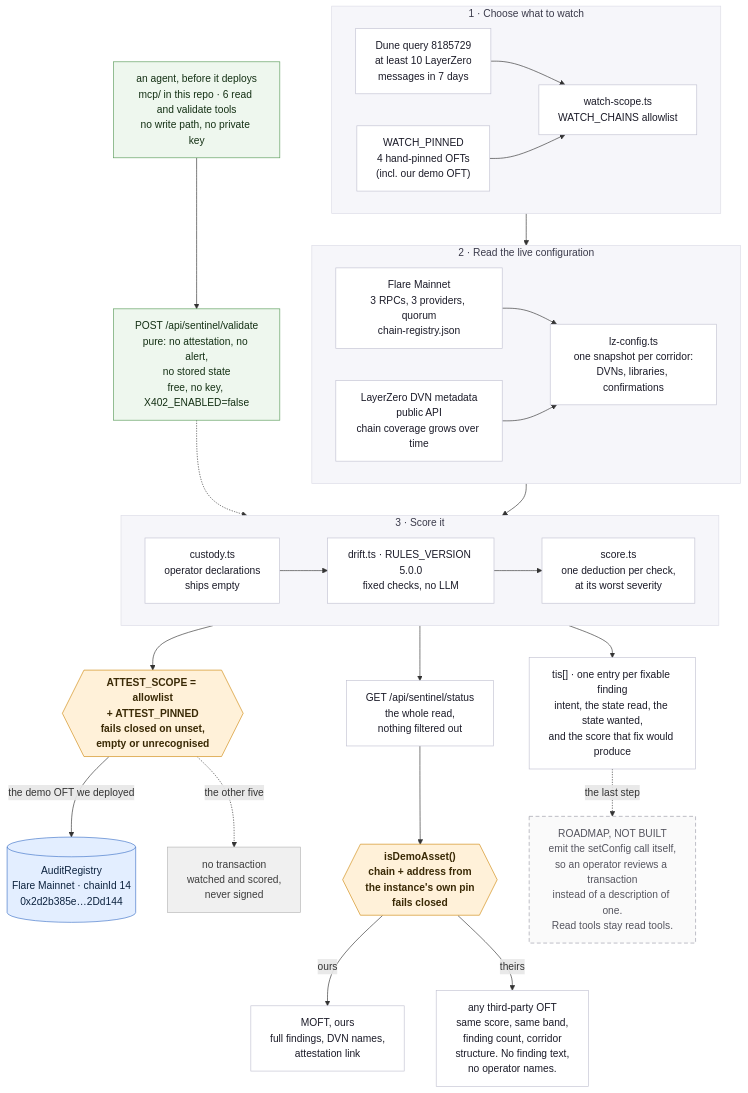
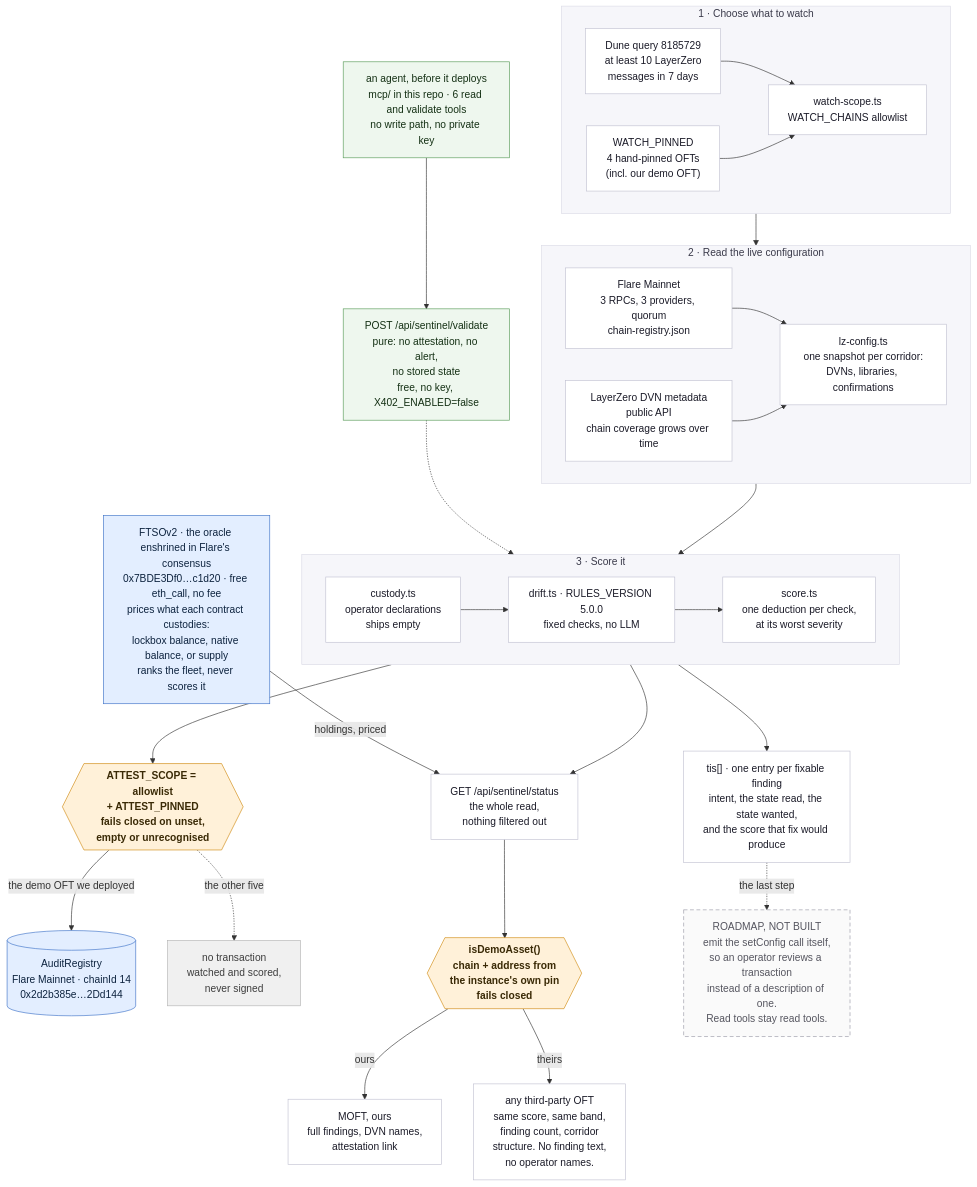
One commit to damli40/flare-oft-sentinel changed the diagram in assets/architecture.mmd. Above: the diagram before and after it, drawn with Mermaid. The commit also changed 12 other files, not shown here.

First line of the commit message:
FTSOv2 exposure: price what each contract custodies, and say which basis

```diff
--- a/assets/architecture.mmd
+++ b/assets/architecture.mmd
@@ -1,80 +1,90 @@
 %% OFT Sentinel on Flare — one cycle, end to end.
 %% Rendered to assets/architecture.png. Regenerate with:
 %%   npx -y @mermaid-js/mermaid-cli -i assets/architecture.mmd -o assets/architecture.png -b white -s 2
 flowchart TB
     subgraph pick["1 · Choose what to watch"]
         direction LR
         dune["Dune query 8185729<br/>at least 10 LayerZero<br/>messages in 7 days"]
         pinned["WATCH_PINNED<br/>4 hand-pinned OFTs<br/>(incl. our demo OFT)"]
         scope["watch-scope.ts<br/>WATCH_CHAINS allowlist"]
         dune --> scope
         pinned --> scope
     end
 
     subgraph read["2 · Read the live configuration"]
         direction LR
         rpc["Flare Mainnet<br/>3 RPCs, 3 providers, quorum<br/>chain-registry.json"]
         meta["LayerZero DVN metadata<br/>public API<br/>chain coverage grows over time"]
         lz["lz-config.ts<br/>one snapshot per corridor:<br/>DVNs, libraries, confirmations"]
         rpc --> lz
         meta --> lz
     end
 
     subgraph rules["3 · Score it"]
         direction LR
         cust["custody.ts<br/>operator declarations<br/>ships empty"]
         drift["drift.ts · RULES_VERSION 5.0.0<br/>fixed checks, no LLM"]
         score["score.ts<br/>one deduction per check,<br/>at its worst severity"]
         cust --> drift
         drift --> score
     end
 
     gate{{"ATTEST_SCOPE = allowlist<br/>+ ATTEST_PINNED<br/>fails closed on unset,<br/>empty or unrecognised"}}
     reg[("AuditRegistry<br/>Flare Mainnet · chainId 14<br/>0x2d2b385e…2Dd144")]
     nosign["no transaction<br/>watched and scored,<br/>never signed"]
     api["GET /api/sentinel/status<br/>the whole read,<br/>nothing filtered out"]
 
     filt{{"isDemoAsset()<br/>chain + address from<br/>the instance's own pin<br/>fails closed"}}
     ours["MOFT, ours<br/>full findings, DVN names,<br/>attestation link"]
     theirs["any third-party OFT<br/>same score, same band,<br/>finding count, corridor<br/>structure. No finding text,<br/>no operator names."]
 
     agent["an agent, before it deploys<br/>mcp/ in this repo · 6 read and validate tools<br/>no write path, no private key"]
     val["POST /api/sentinel/validate<br/>pure: no attestation, no alert,<br/>no stored state<br/>free, no key, X402_ENABLED=false"]
     agent --> val
     val -.-> rules
 
+    ftso["FTSOv2 · the oracle enshrined in Flare's consensus<br/>0x7BDE3Df0…c1d20 · free eth_call, no fee<br/>prices what each contract custodies:<br/>lockbox balance, native balance, or supply<br/>ranks the fleet, never scores it"]
+
     tis["tis[] · one entry per fixable finding<br/>intent, the state read, the state wanted,<br/>and the score that fix would produce"]
     fix["ROADMAP, NOT BUILT<br/>emit the setConfig call itself,<br/>so an operator reviews a transaction<br/>instead of a description of one.<br/>Read tools stay read tools."]
 
     scope --> read
     lz --> rules
+    %% Deliberately NO edge in from the RPC node. The label already says it is a
+    %% free eth_call, and drawing the inbound edge pushed this node under stage 2,
+    %% which routed its ONE outgoing arrow across the attest gate. On a diagram
+    %% whose whole claim is that the price reaches neither scoring nor signing,
+    %% an arrow that appears to touch either is worse than a missing one.
+    ftso -->|"holdings, priced"| api
     score --> gate
     score --> api
     score --> tis
     tis -.->|"the last step"| fix
     gate -->|"the demo OFT we deployed"| reg
     gate -.->|"the other five"| nosign
     api --> filt
     filt -->|ours| ours
     filt -->|theirs| theirs
 
     classDef stage fill:#ffffff,stroke:#c2c2d2,color:#1b1b28
     classDef gateStyle fill:#fff1d9,stroke:#d08b12,color:#3a2a06,font-weight:bold
     classDef chain fill:#e3eeff,stroke:#3f74c8,color:#0d233f
     classDef quiet fill:#f0f0f0,stroke:#b4b4b4,color:#3d3d3d
     class dune,pinned,scope,rpc,meta,lz,cust,drift,score,api,ours,theirs stage
     classDef preflight fill:#eef7ee,stroke:#5a9c5a,color:#143014
     class agent,val preflight
     class tis stage
     %% Dashed and grey so nothing here can be mistaken for something that runs.
     classDef roadmap fill:#fafafa,stroke:#9a9aa8,color:#55555f,stroke-dasharray: 6 4
     class fix roadmap
     class gate,filt gateStyle
-    class reg chain
+    %% Blue with the registry, because both are reads of Flare's own contracts.
+    %% It deliberately has NO edge into score.ts: the absence is the claim.
+    class reg,ftso chain
     class nosign quiet
 
     %% The three numbered stages read as one surface; the two GATES are the
     %% claims worth looking at, so only they carry colour.
     style pick fill:#f6f6fa,stroke:#dcdce6,color:#3a3a4a
     style read fill:#f6f6fa,stroke:#dcdce6,color:#3a3a4a
     style rules fill:#f6f6fa,stroke:#dcdce6,color:#3a3a4a
```
